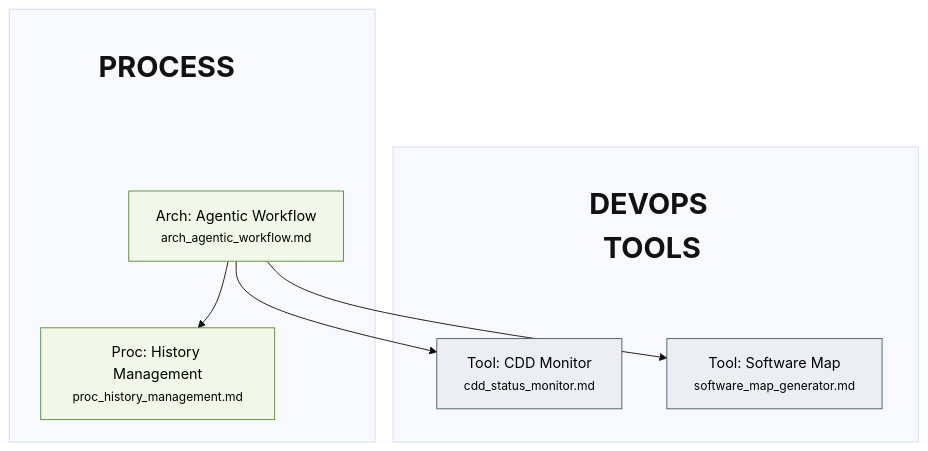
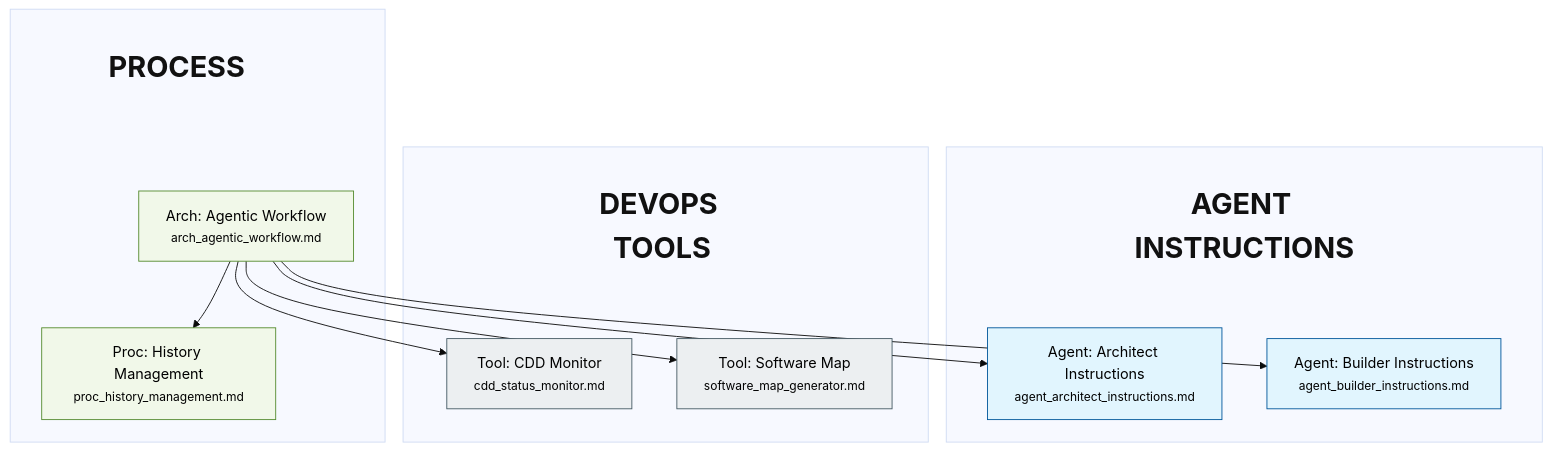
Before and after one commit to rlabarca/LPad: the diagram in agentic_devops/tools/feature_graph_agentic.mmd, drawn with Mermaid (base theme). The commit also changed 3 other files, not shown here.

Commit message:
feat(devops): granular agent instruction specs and fix software map zoom [Complete agentic_devops/features/agent_architect_instructions.md]

```diff
--- a/agentic_devops/tools/feature_graph_agentic.mmd
+++ b/agentic_devops/tools/feature_graph_agentic.mmd
@@ -1,42 +1,53 @@
 flowchart TD
 
+
+    subgraph Agent_Instructions [" "]
+        title_Agent_Instructions["AGENT INSTRUCTIONS"]
+        agent_architect_instructions["Agent: Architect Instructions<br/><small>agent_architect_instructions.md</small>"]
+        title_Agent_Instructions ~~~ agent_architect_instructions
+        agent_builder_instructions["Agent: Builder Instructions<br/><small>agent_builder_instructions.md</small>"]
+        title_Agent_Instructions ~~~ agent_builder_instructions
+    end
 
     subgraph DevOps_Tools [" "]
         title_DevOps_Tools["DEVOPS TOOLS"]
         cdd_status_monitor["Tool: CDD Monitor<br/><small>cdd_status_monitor.md</small>"]
         title_DevOps_Tools ~~~ cdd_status_monitor
         software_map_generator["Tool: Software Map<br/><small>software_map_generator.md</small>"]
         title_DevOps_Tools ~~~ software_map_generator
     end
 
     subgraph Process [" "]
         title_Process["PROCESS"]
         arch_agentic_workflow["Arch: Agentic Workflow<br/><small>arch_agentic_workflow.md</small>"]
         title_Process ~~~ arch_agentic_workflow
         proc_history_management["Proc: History Management<br/><small>proc_history_management.md</small>"]
         title_Process ~~~ proc_history_management
     end
 
     %% Relationships
+    arch_agentic_workflow --> agent_architect_instructions
+    arch_agentic_workflow --> agent_builder_instructions
     arch_agentic_workflow --> cdd_status_monitor
     arch_agentic_workflow --> proc_history_management
     arch_agentic_workflow --> software_map_generator
 
     %% Styling Definitions
     classDef default fill:#e1f5fe,stroke:#01579b,stroke-width:1px,color:black;
     classDef release fill:#f96,stroke:#333,stroke-width:2px,color:black,font-weight:bold;
     classDef hardware fill:#e8f5e9,stroke:#2e7d32,stroke-width:1px,color:black;
     classDef ui fill:#f3e5f5,stroke:#7b1fa2,stroke-width:1px,color:black;
     classDef app fill:#fff3e0,stroke:#e65100,stroke-width:1px,color:black;
     classDef graphics fill:#e0f7fa,stroke:#006064,stroke-width:1px,color:black;
     classDef process fill:#f1f8e9,stroke:#558b2f,stroke-width:1px,color:black;
     classDef devops fill:#eceff1,stroke:#455a64,stroke-width:1px,color:black;
     classDef subgraphTitle fill:none,stroke:none,color:#111,font-size:32px,font-weight:bold;
 
     %% Style Applications
+    class title_Agent_Instructions subgraphTitle;
     class title_DevOps_Tools subgraphTitle;
     class cdd_status_monitor devops;
     class software_map_generator devops;
     class title_Process subgraphTitle;
     class arch_agentic_workflow process;
     class proc_history_management process;
```
